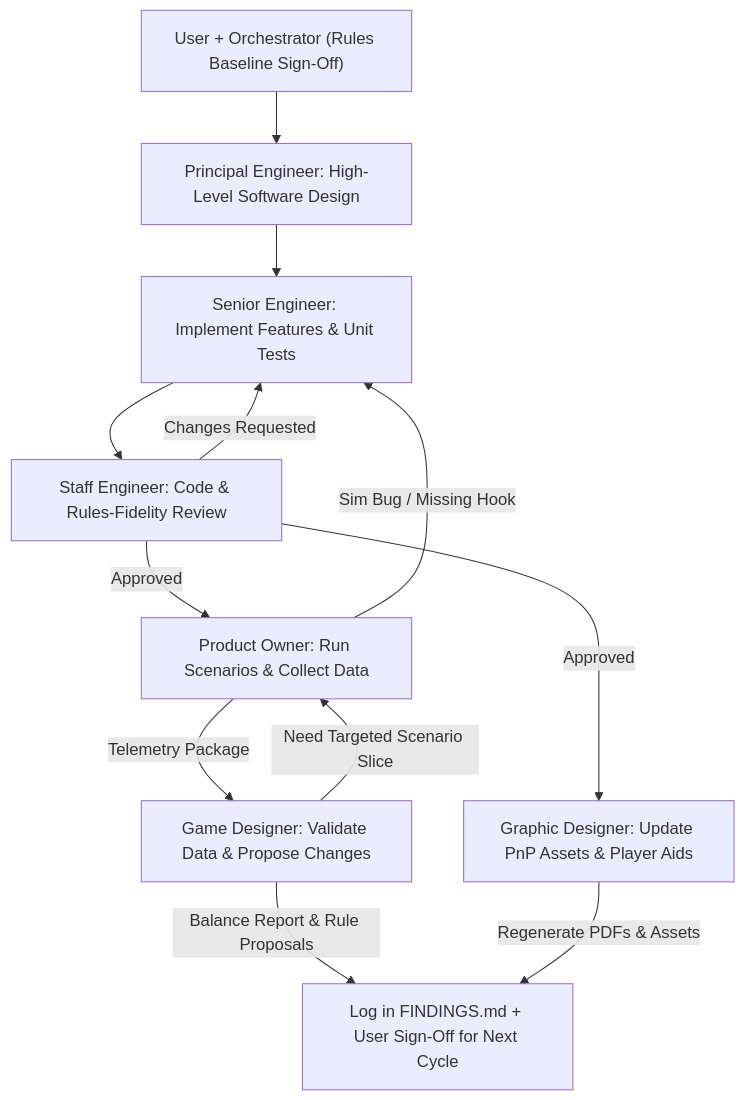
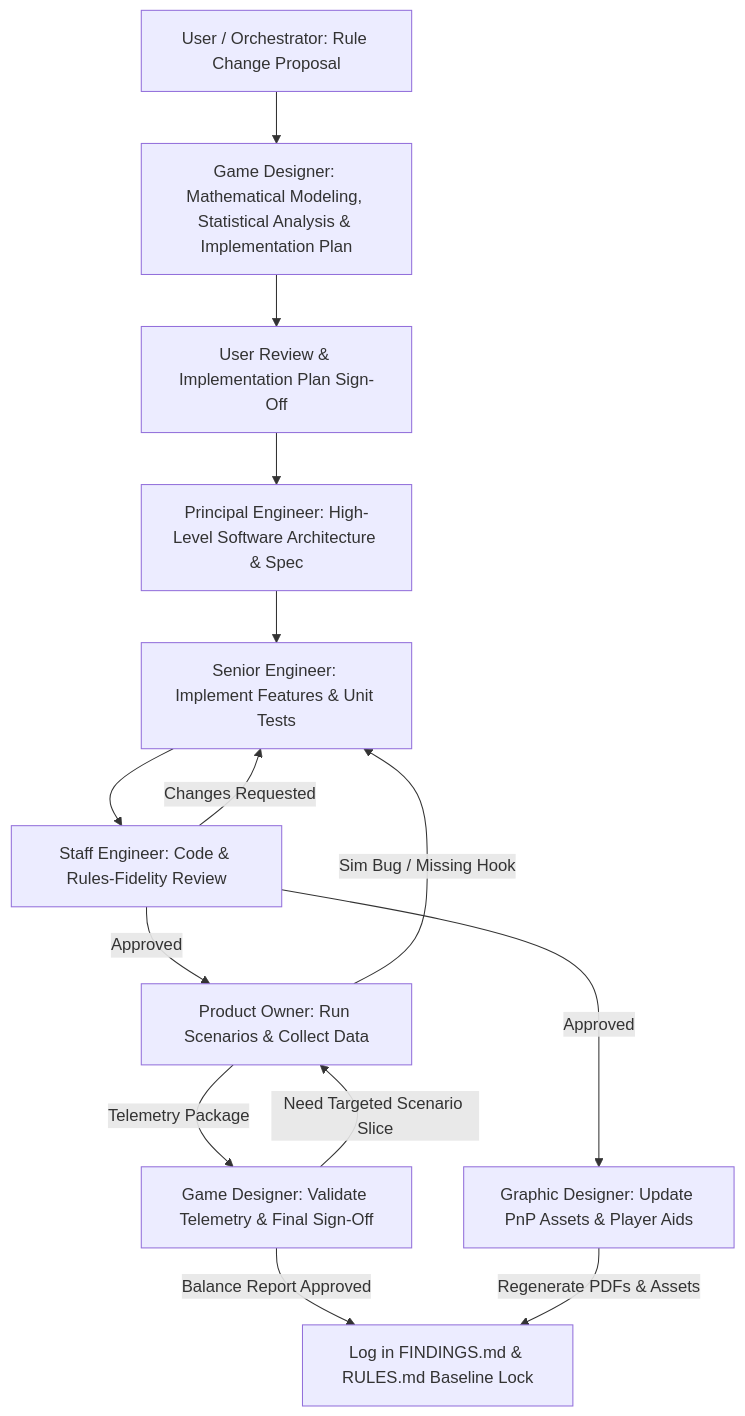
The diagram in PLAN.md (mbetzel/rogue-agent-game), drawn with Mermaid before and after one commit. The commit also changed other lines of this file and 35 other files, not shown here.

````diff
--- a/PLAN.md
+++ b/PLAN.md
@@ -115,14 +116,16 @@
 ```mermaid
 flowchart TD
-    U["User + Orchestrator (Rules Baseline Sign-Off)"] --> PE["Principal Engineer: High-Level Software Design"]
+    U1["User / Orchestrator: Rule Change Proposal"] --> GD_PRE["Game Designer: Mathematical Modeling, Statistical Analysis & Implementation Plan"]
+    GD_PRE --> U2["User Review & Implementation Plan Sign-Off"]
+    U2 --> PE["Principal Engineer: High-Level Software Architecture & Spec"]
     PE --> SE["Senior Engineer: Implement Features & Unit Tests"]
     SE --> STE["Staff Engineer: Code & Rules-Fidelity Review"]
     STE -- "Changes Requested" --> SE
     STE -- "Approved" --> PO["Product Owner: Run Scenarios & Collect Data"]
     PO -- "Sim Bug / Missing Hook" --> SE
-    PO -- "Telemetry Package" --> GD["Game Designer: Validate Data & Propose Changes"]
-    GD -- "Need Targeted Scenario Slice" --> PO
-    GD -- "Balance Report & Rule Proposals" --> OUT["Log in FINDINGS.md + User Sign-Off for Next Cycle"]
+    PO -- "Telemetry Package" --> GD_POST["Game Designer: Validate Telemetry & Final Sign-Off"]
+    GD_POST -- "Need Targeted Scenario Slice" --> PO
+    GD_POST -- "Balance Report Approved" --> OUT["Log in FINDINGS.md & RULES.md Baseline Lock"]
     STE -- "Approved" --> GDES["Graphic Designer: Update PnP Assets & Player Aids"]
     GDES -- "Regenerate PDFs & Assets" --> OUT
 ```
````
